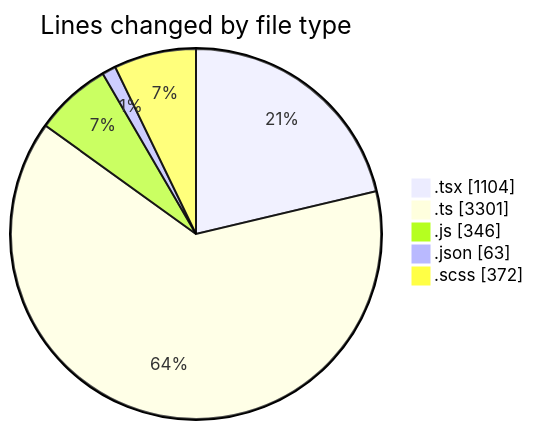
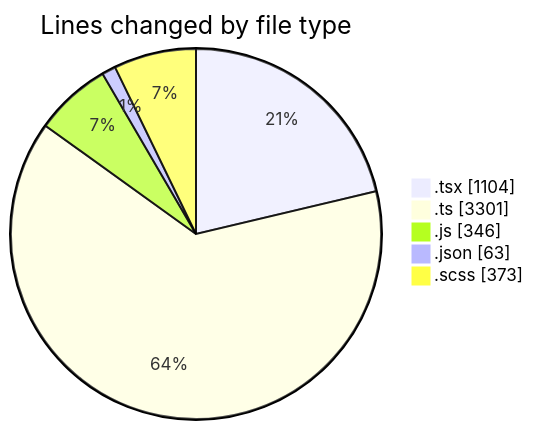
The first of 2 diagrams in 2025-12-01/cda/README.md (momahboobian/code-tracking), drawn with Mermaid before and after one commit. The commit also changed other lines of this file and 1 other file, not shown here.

````diff
--- a/2025-12-01/cda/README.md
+++ b/2025-12-01/cda/README.md
@@ -32,9 +32,9 @@
 ```mermaid
 pie showData
 title Lines changed by file type
 ".tsx" : 1104
 ".ts" : 3301
 ".js" : 346
 ".json" : 63
-".scss" : 372
+".scss" : 373
 ```
````
